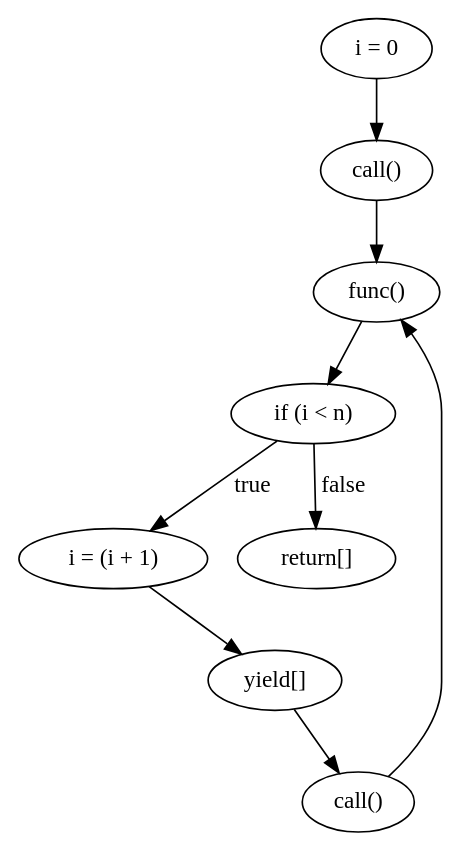
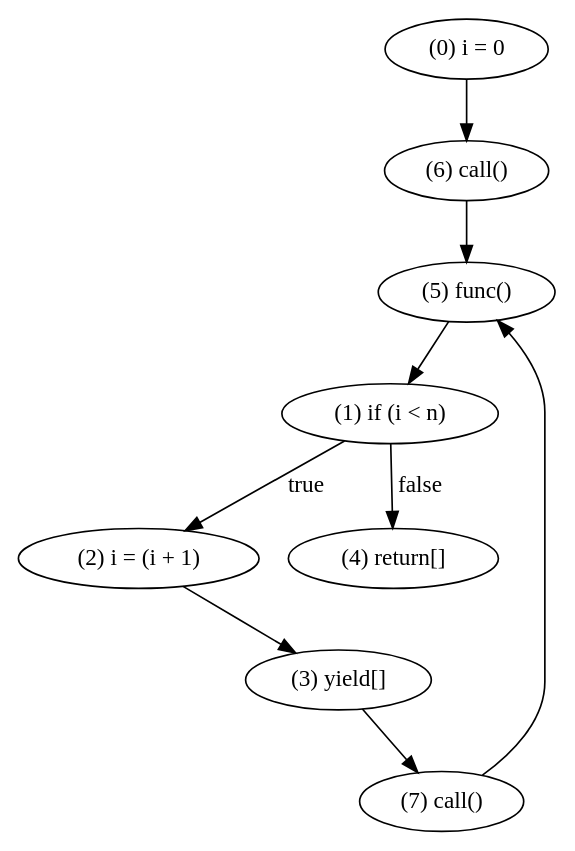
The diagram in crates/passes/insert_call.dot (WorldofKerry/ToHDL), drawn with Graphviz before and after one commit. The commit also changed 8 other files, not shown here.

```diff
--- a/crates/passes/insert_call.dot
+++ b/crates/passes/insert_call.dot
@@ -1,18 +1,18 @@
 digraph {
-    0 [ label = "i = 0" ]
-    1 [ label = "if (i < n)" ]
-    2 [ label = "i = (i + 1)" ]
-    3 [ label = "yield[]" ]
-    4 [ label = "return[]" ]
-    5 [ label = "func()" ]
-    6 [ label = "call()" ]
-    7 [ label = "call()" ]
-    6 -> 5 [ label = "" ]
+    0 [ label = "(0) i = 0" ]
+    1 [ label = "(1) if (i < n)" ]
+    2 [ label = "(2) i = (i + 1)" ]
+    3 [ label = "(3) yield[]" ]
+    4 [ label = "(4) return[]" ]
+    5 [ label = "(5) func()" ]
+    6 [ label = "(6) call()" ]
+    7 [ label = "(7) call()" ]
+    0 -> 6 [ label = "" ]
+    1 -> 4 [ label = "false" ]
     1 -> 2 [ label = "true" ]
     2 -> 3 [ label = "" ]
+    3 -> 7 [ label = "" ]
     5 -> 1 [ label = "" ]
-    1 -> 4 [ label = "false" ]
-    0 -> 6 [ label = "" ]
-    3 -> 7 [ label = "" ]
+    6 -> 5 [ label = "" ]
     7 -> 5 [ label = "" ]
 }
```
